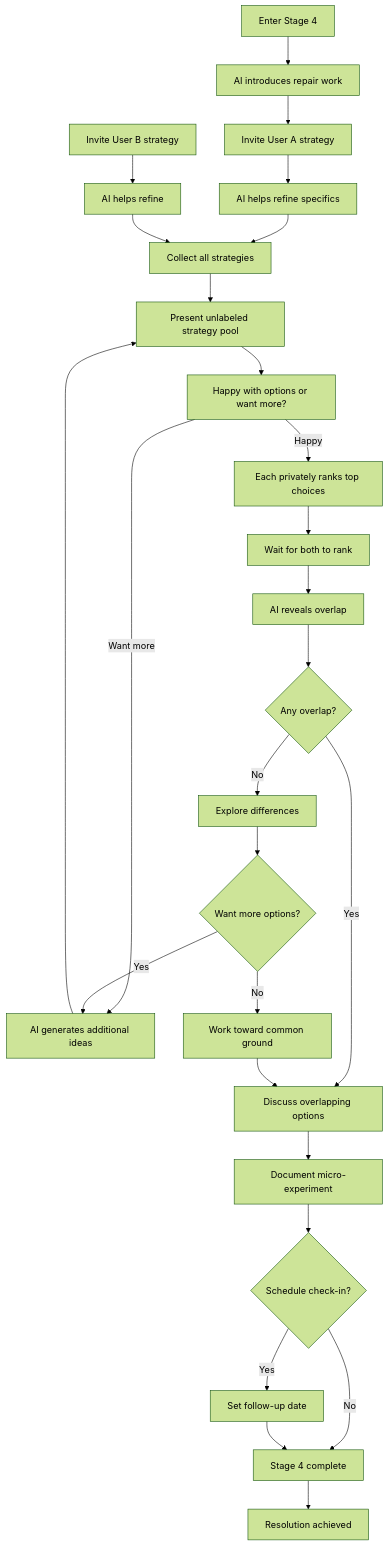
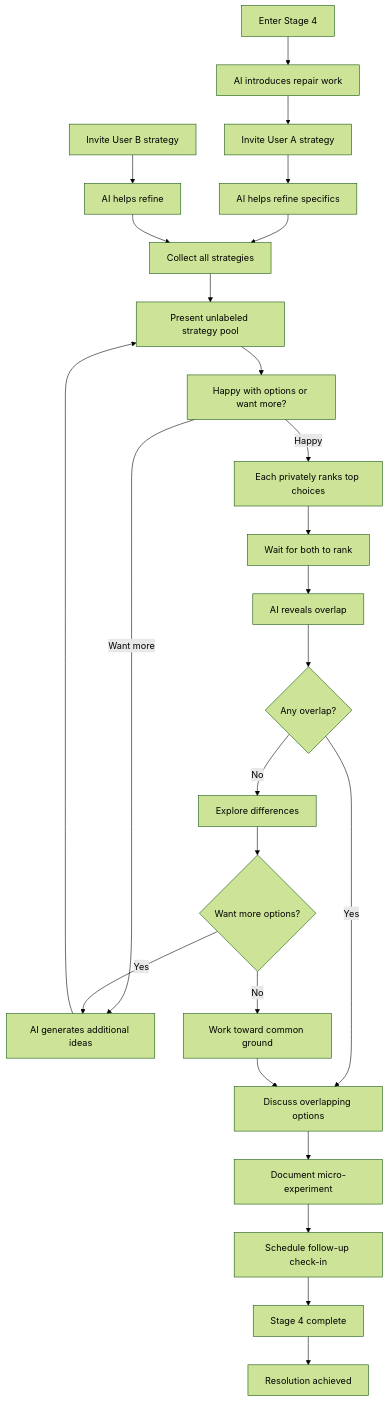
One commit to shantamg/meet-without-fear changed the first of 7 diagrams in docs/product/stages/stage-4-strategic-repair.md. Above: the diagram before and after it, drawn with Mermaid (forest theme). The commit also changed other lines of this file and 21 other files, not shown here.

First line of the commit message:
docs: align stage docs with Darryl's authoritative gold flow

````diff
--- a/docs/product/stages/stage-4-strategic-repair.md
+++ b/docs/product/stages/stage-4-strategic-repair.md
@@ -46,38 +46,36 @@
 ```mermaid
 flowchart TD
     Enter[Enter Stage 4] --> Intro[AI introduces repair work]
     Intro --> InviteA[Invite User A strategy]
     InviteA --> RefineA[AI helps refine specifics]
 
     InviteB[Invite User B strategy] --> RefineB[AI helps refine]
 
     RefineA --> Collect[Collect all strategies]
     RefineB --> Collect
 
     Collect --> Present[Present unlabeled strategy pool]
     Present --> Question[Happy with options or want more?]
 
     Question -->|Want more| Generate[AI generates additional ideas]
     Generate --> Present
 
     Question -->|Happy| PrivateRank[Each privately ranks top choices]
     PrivateRank --> WaitBoth[Wait for both to rank]
     WaitBoth --> Reveal[AI reveals overlap]
     Reveal --> Overlap{Any overlap?}
 
     Overlap -->|Yes| Discuss[Discuss overlapping options]
     Overlap -->|No| Explore[Explore differences]
     Explore --> MoreOptions{Want more options?}
     MoreOptions -->|Yes| Generate
     MoreOptions -->|No| Negotiate[Work toward common ground]
     Negotiate --> Discuss
 
     Discuss --> Document[Document micro-experiment]
 
-    Document --> FollowUp{Schedule check-in?}
-    FollowUp -->|Yes| Schedule[Set follow-up date]
-    FollowUp -->|No| Complete[Stage 4 complete]
-    Schedule --> Complete
+    Document --> Schedule[Schedule follow-up check-in]
+    Schedule --> Complete[Stage 4 complete]
 
     Complete --> Resolution[Resolution achieved]
 ```
````
